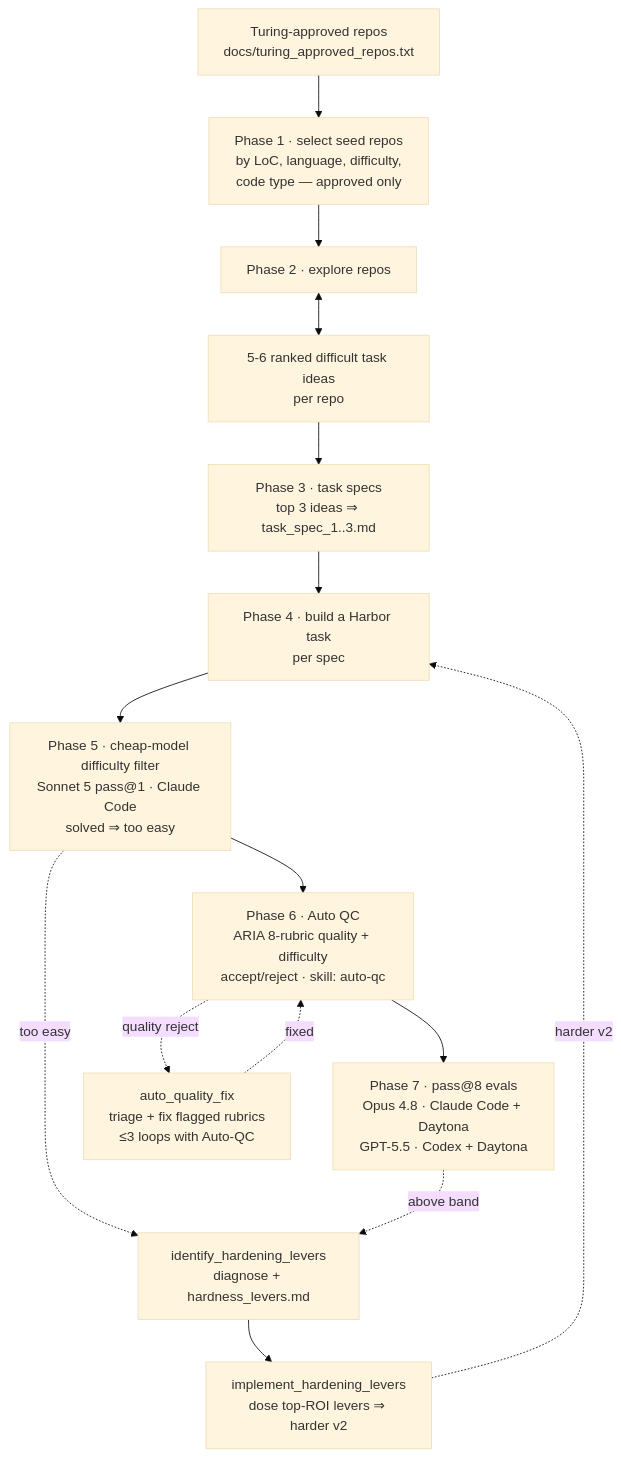
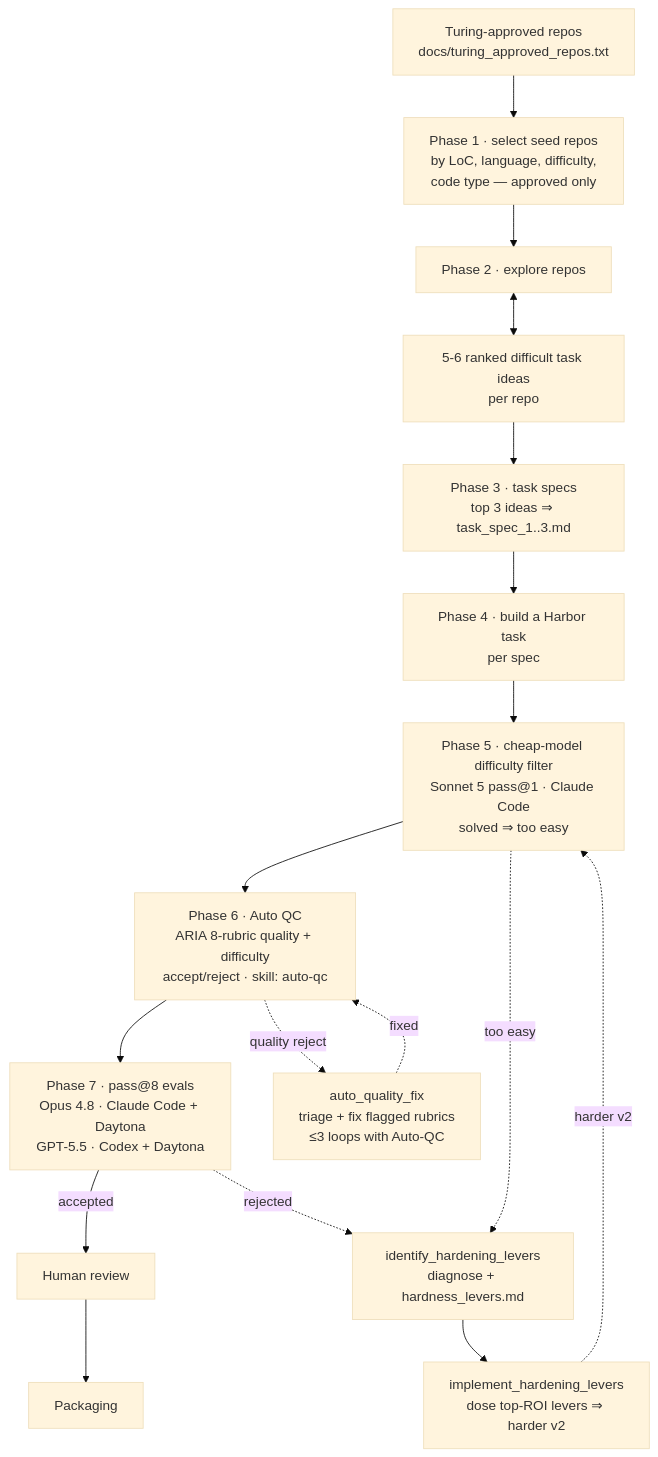
Before and after one commit to vivekp-turing/dataset_task_creation: the diagram in README.md, drawn with Mermaid (base theme). The commit also changed other lines of this file and 1 other file, not shown here.

Commit message:
fixed readme workflow diagram

````diff
--- a/README.md
+++ b/README.md
@@ -79,17 +79,19 @@
 ```mermaid
 flowchart TD
     A[Turing-approved repos<br/>docs/turing_approved_repos.txt] --> B[Phase 1 · select seed repos<br/>by LoC, language, difficulty,<br/>code type — approved only]
     B --> C[Phase 2 · explore repos]
     C <--> D[5-6 ranked difficult task ideas<br/>per repo]
     D --> E[Phase 3 · task specs<br/>top 3 ideas ⇒ task_spec_1..3.md]
     E --> F[Phase 4 · build a Harbor task<br/>per spec]
     F --> G[Phase 5 · cheap-model difficulty filter<br/>Sonnet 5 pass@1 · Claude Code<br/>solved ⇒ too easy]
     G --> H[Phase 6 · Auto QC<br/>ARIA 8-rubric quality + difficulty<br/>accept/reject · skill: auto-qc]
     H --> I[Phase 7 · pass@8 evals<br/>Opus 4.8 · Claude Code + Daytona<br/>GPT-5.5 · Codex + Daytona]
+    I -->|accepted| HR[Human review]
+    HR --> PK[Packaging]
     G -.too easy.-> Z1[identify_hardening_levers<br/>diagnose + hardness_levers.md]
-    I -.above band.-> Z1
+    I -.rejected.-> Z1
     Z1 --> Z2[implement_hardening_levers<br/>dose top-ROI levers ⇒ harder v2]
-    Z2 -.harder v2.-> F
+    Z2 -.harder v2.-> G
     H -.quality reject.-> Q[auto_quality_fix<br/>triage + fix flagged rubrics<br/>≤3 loops with Auto-QC]
     Q -.fixed.-> H
 ```
````
